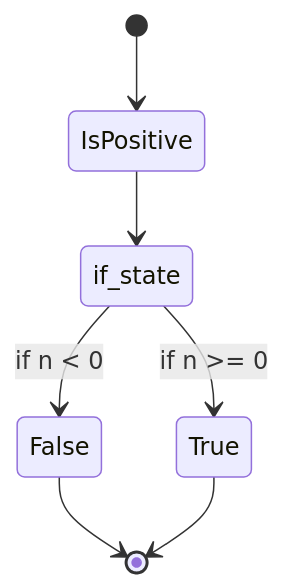
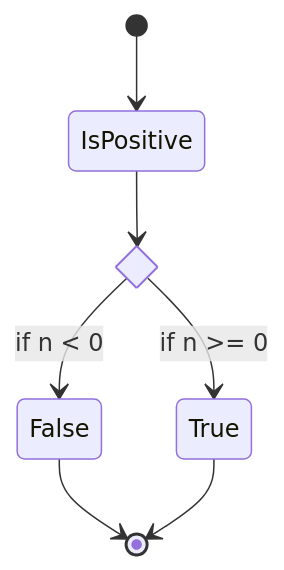
One commit to PasseRR/passerr.github.io changed the ninth of 18 diagrams in posts/2021/2021-12-13-mermaid-state-diagram.md. Above: the diagram before and after it, drawn with Mermaid. The commit also changed other lines of this file and 20 other files, not shown here.

Commit message:
添加代码折叠、优化ftl、mermaid语法高亮

````diff
--- a/posts/2021/2021-12-13-mermaid-state-diagram.md
+++ b/posts/2021/2021-12-13-mermaid-state-diagram.md
@@ -140,11 +140,11 @@
 ```mmd
 stateDiagram-v2
     %% 关键语法
-    state if_state &lt;&lt;choice>>
+    state if_state <<choice>>
     [*] --> IsPositive
     IsPositive --> if_state
     if_state --> False: if n < 0
     if_state --> True : if n >= 0
     False --> [*]
     True --> [*]
 ```
````
